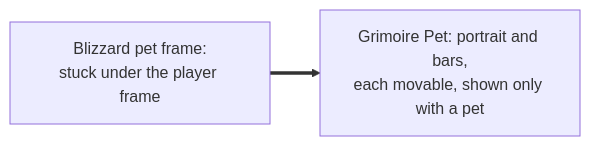
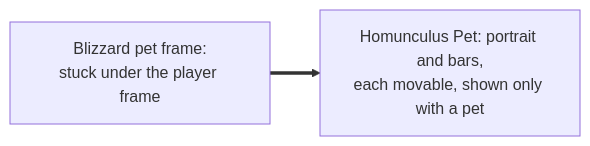
One commit to PhillypHenning/grimoire changed the first of 2 diagrams in docs/features/pet/README.md. Above: the diagram before and after it, drawn with Mermaid. The commit also changed other lines of this file and 178 other files, not shown here.

First line of the commit message:
Rename the suite from Grimoire to Homunculus (ADR 0010)

````diff
--- a/docs/features/pet/README.md
+++ b/docs/features/pet/README.md
@@ -14,4 +14,4 @@
 ```mermaid
 flowchart LR
-    B[Blizzard pet frame:<br/>stuck under the player frame] ==> G[Grimoire Pet: portrait and bars,<br/>each movable, shown only with a pet]
+    B[Blizzard pet frame:<br/>stuck under the player frame] ==> G[Homunculus Pet: portrait and bars,<br/>each movable, shown only with a pet]
 ```
````
